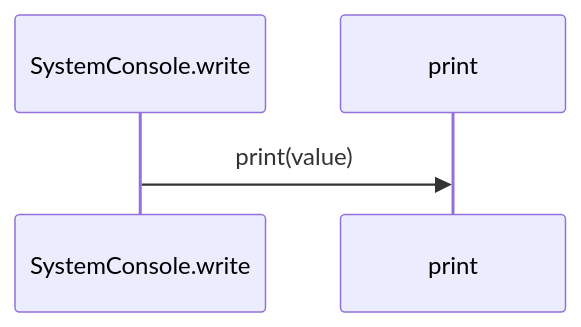
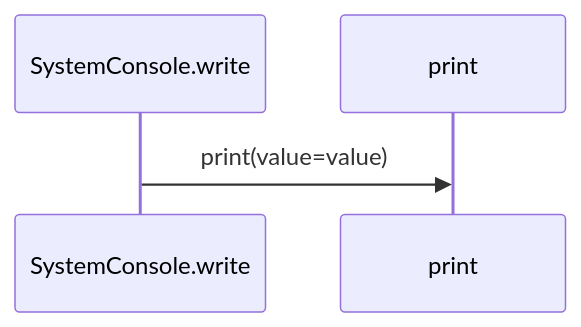
The second of 5 diagrams in docs/examples/approved-design/dependencies/august/0.23.0/io/contracts-diagrams.md (GreenPandaStudios/augscript), drawn with Mermaid before and after one commit. The commit also changed other lines of this file and 524 other files, not shown here.

Commit message:
Explain checked data flow at folder and service levels

````diff
--- a/docs/examples/approved-design/dependencies/august/0.23.0/io/contracts-diagrams.md
+++ b/docs/examples/approved-design/dependencies/august/0.23.0/io/contracts-diagrams.md
@@ -85,6 +60,6 @@
 ```mermaid
 sequenceDiagram
     participant p0 as SystemConsole.write
     participant p1 as print
-    p0->>p1: print(value)
+    p0->>p1: print(value=value)
 ```
````
